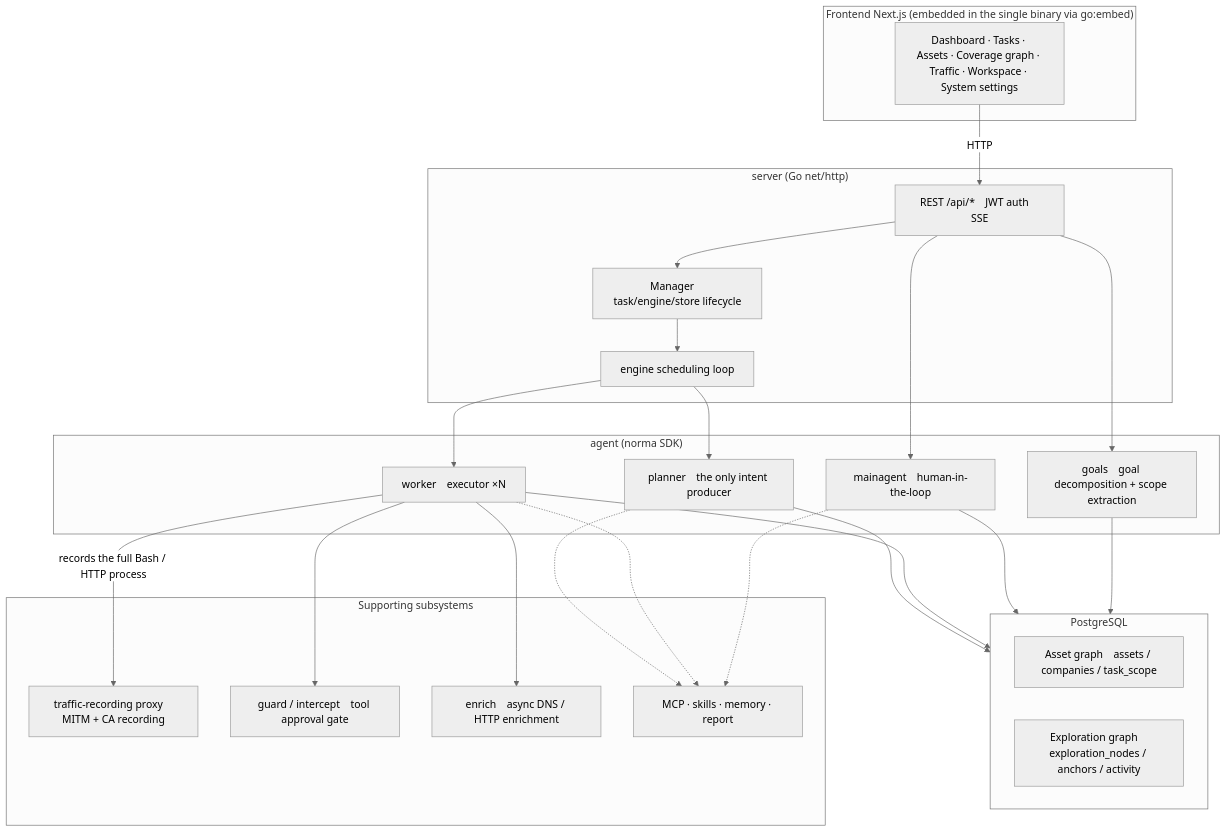
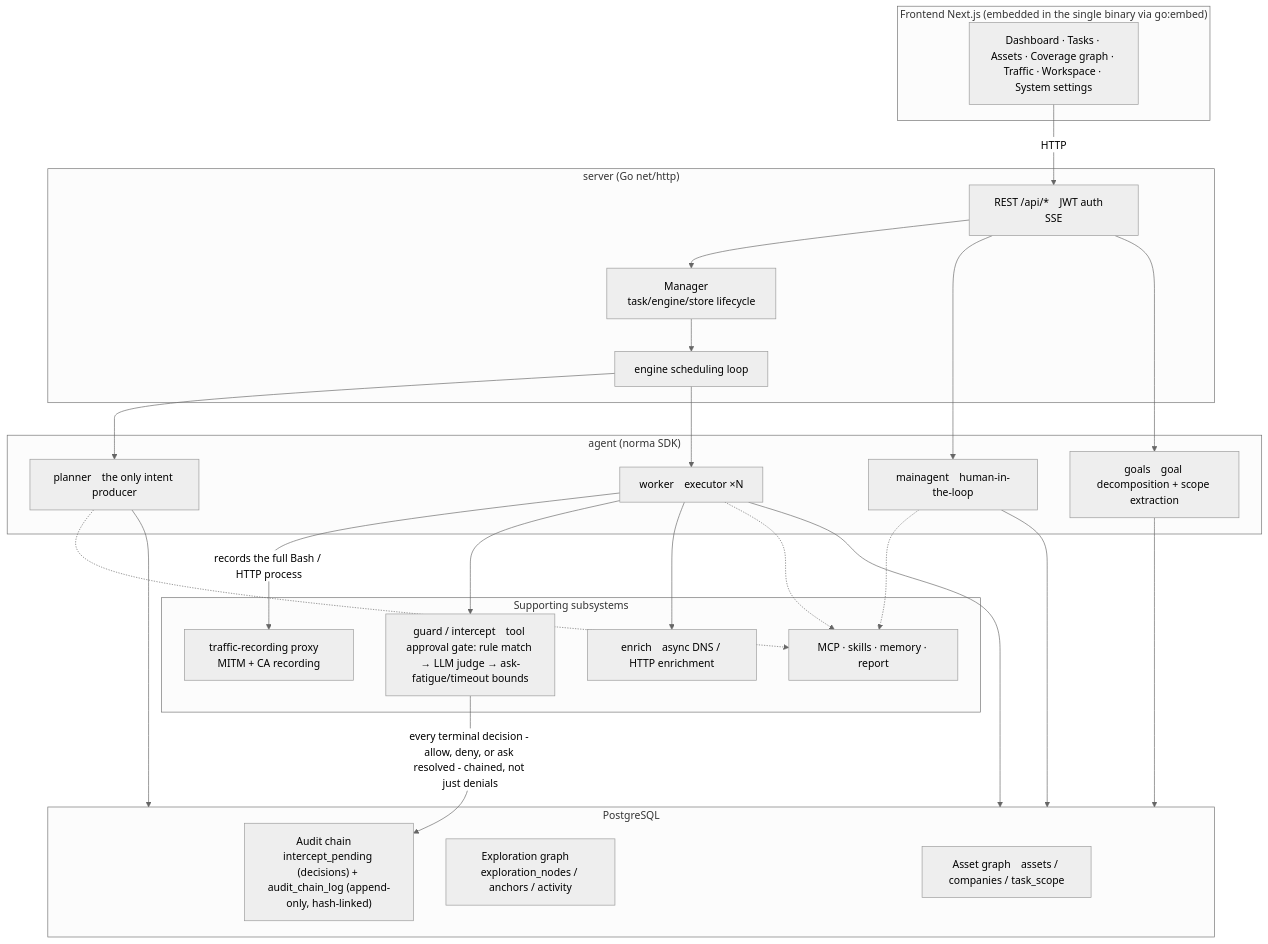
Before and after one commit to Braedach/ARTEX-MUTANT: the first of 5 diagrams in README.md, drawn with Mermaid (neutral theme). The commit also changed other lines of this file and 8 other files, not shown here.

````diff
--- a/README.md
+++ b/README.md
@@ -215,44 +215,46 @@
 ```mermaid
 flowchart TB
   subgraph FE["Frontend Next.js (embedded in the single binary via go:embed)"]
     UI["Dashboard · Tasks · Assets · Coverage graph · Traffic · Workspace · System settings"]
   end
   subgraph SRV["server (Go net/http)"]
     API["REST /api/*　JWT auth　SSE"]
     ENG["engine scheduling loop"]
     MGR["Manager　task/engine/store lifecycle"]
   end
   subgraph AG["agent (norma SDK)"]
     GO["goals　goal decomposition + scope extraction"]
     PL["planner　the only intent producer"]
     WK["worker　executor ×N"]
     MA["mainagent　human-in-the-loop"]
   end
   subgraph DB["PostgreSQL"]
     AGRAPH["Asset graph　assets / companies / task_scope"]
     EGRAPH["Exploration graph　exploration_nodes / anchors / activity"]
+    AUDIT["Audit chain　intercept_pending (decisions) + audit_chain_log (append-only, hash-linked)"]
   end
   subgraph SUB["Supporting subsystems"]
     PROXY["traffic-recording proxy　MITM + CA recording"]
-    GUARD["guard / intercept　tool approval gate"]
+    GUARD["guard / intercept　tool approval gate: rule match → LLM judge → ask-fatigue/timeout bounds"]
     ENR["enrich　async DNS / HTTP enrichment"]
     EXT["MCP · skills · memory · report"]
   end
 
   UI -->|HTTP| API
   API --> MGR --> ENG
   ENG --> PL
   ENG --> WK
   API --> MA
   API --> GO
   PL --> DB
   WK --> DB
   MA --> DB
   GO --> DB
   WK -->|"records the full Bash / HTTP process"| PROXY
   WK --> GUARD
+  GUARD -->|"every terminal decision - allow, deny, or ask resolved - chained, not just denials"| AUDIT
   WK --> ENR
   PL -.-> EXT
   WK -.-> EXT
   MA -.-> EXT
 ```
````
